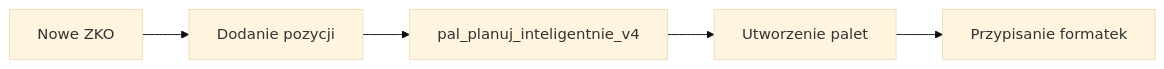
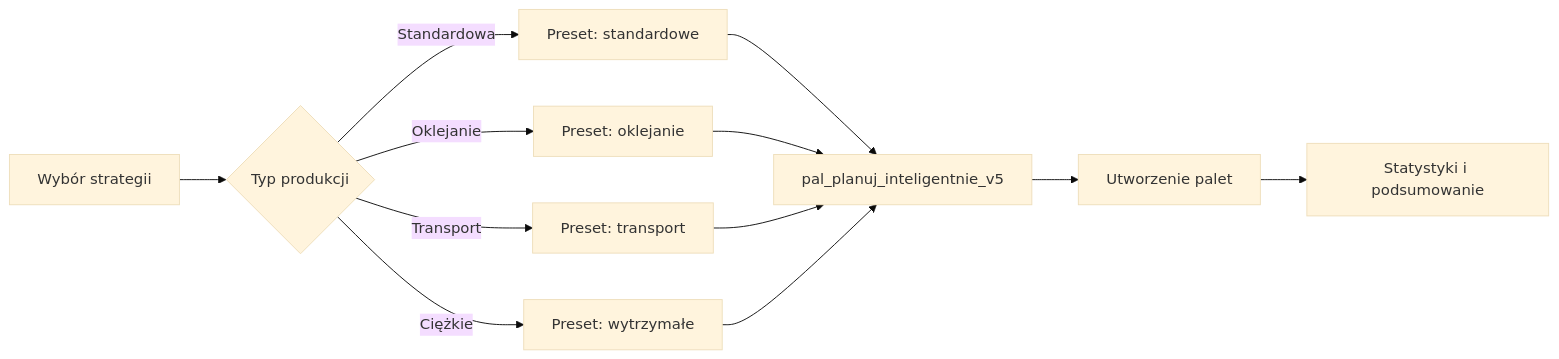
The first of 3 diagrams in apps/zko/src/modules/zko/components/PaletyManager/README.md (marlowX/AlpApp), drawn with Mermaid (base theme) before and after one commit. The commit also changed other lines of this file and 11 other files, not shown here.

````diff
--- a/apps/zko/src/modules/zko/components/PaletyManager/README.md
+++ b/apps/zko/src/modules/zko/components/PaletyManager/README.md
@@ -184,7 +245,14 @@
 ```mermaid
 graph LR
-    A[Nowe ZKO] --> B[Dodanie pozycji]
-    B --> C[pal_planuj_inteligentnie_v4]
-    C --> D[Utworzenie palet]
-    D --> E[Przypisanie formatek]
+    A[Wybór strategii] --> B{Typ produkcji}
+    B -->|Standardowa| C[Preset: standardowe]
+    B -->|Oklejanie| D[Preset: oklejanie]
+    B -->|Transport| E[Preset: transport]
+    B -->|Ciężkie| F[Preset: wytrzymałe]
+    C --> G[pal_planuj_inteligentnie_v5]
+    D --> G
+    E --> G
+    F --> G
+    G --> H[Utworzenie palet]
+    H --> I[Statystyki i podsumowanie]
 ```
````
